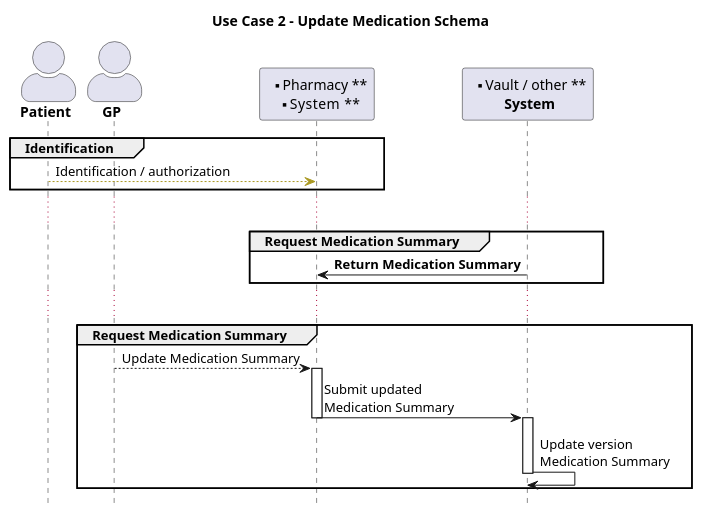
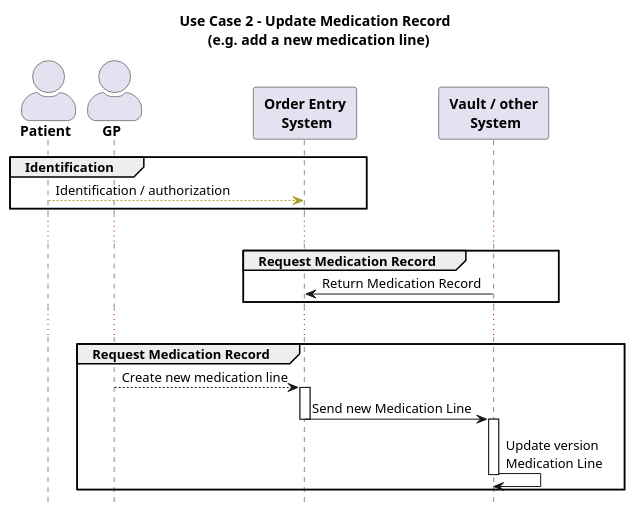
The diagram in input/images-source/usecase-medicationschema-2.plantuml (hl7-be/medication), drawn with PlantUML before and after one commit. The commit also changed 9 other files, not shown here.

Commit message:
cleanup pages and schemas

```diff
--- a/input/images-source/usecase-medicationschema-2.plantuml
+++ b/input/images-source/usecase-medicationschema-2.plantuml
@@ -1,35 +1,36 @@
 @startuml
-title Use Case 2 - Update Medication Schema
+title Use Case 2 - Update Medication Record \n (e.g. add a new medication line)
 skinparam actorStyle awesome
 
 hide footbox
 
 '!include ./style.iuml
 
 actor "**Patient**" as P
 actor "**GP**" as GP
-Participant "** Pharmacy **\n**  System  **" as PIS
-Participant "** Vault / other **\n **  System  **" as V
+Participant " **Order Entry** \n ** System **" as PIS
+Participant " **Vault / other** \n **  System  **" as V
 
 group Identification
 P -[#A92]-> PIS : Identification / authorization
 end
 ...
 
-group Request Medication Summary
-PIS <- V : **Return Medication Summary**
+group Request Medication Record
+PIS <- V : Return Medication Record
 end
 
 ...
 
-group Request Medication Summary
-GP --> PIS : Update Medication Summary
+group Request Medication Record
+GP --> PIS : Create new medication line
 activate PIS
-PIS -> V : Submit updated\nMedication Summary
+
+PIS -> V : Send new Medication Line
 deactivate PIS
 activate V
-V -> V : Update version\nMedication Summary
+V -> V : Update version\nMedication Line
 deactivate V
 end
 
 @enduml
```
